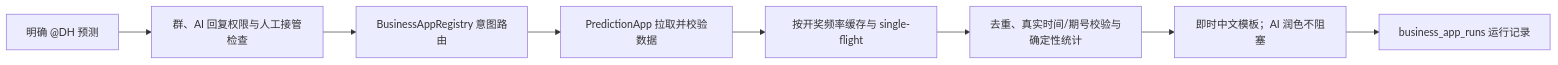
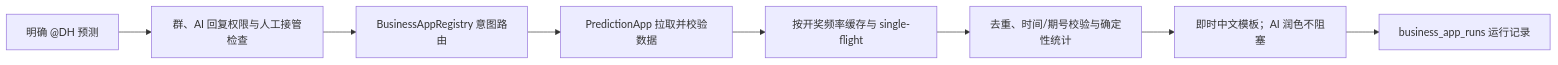
One commit to DH-devmax/d-hbot changed the sixth of 7 diagrams in docs/ARCHITECTURE.md. Above: the diagram before and after it, drawn with Mermaid. The commit also changed other lines of this file and 2 other files, not shown here.

First line of the commit message:
docs: 完善ARCHITECTURE.md / TECHNICAL-DESIGN.md / DATABASE-SCHEMA.md

````diff
--- a/docs/ARCHITECTURE.md
+++ b/docs/ARCHITECTURE.md
@@ -94,10 +212,10 @@
 ```mermaid
 flowchart LR
   A["明确 @DH 预测"] --> B["群、AI 回复权限与人工接管检查"]
   B --> C["BusinessAppRegistry 意图路由"]
   C --> D["PredictionApp 拉取并校验数据"]
   D --> E["按开奖频率缓存与 single-flight"]
-  E --> F["去重、真实时间/期号校验与确定性统计"]
+  E --> F["去重、时间/期号校验与确定性统计"]
   F --> G["即时中文模板；AI 润色不阻塞"]
   G --> H["business_app_runs 运行记录"]
 ```
````
